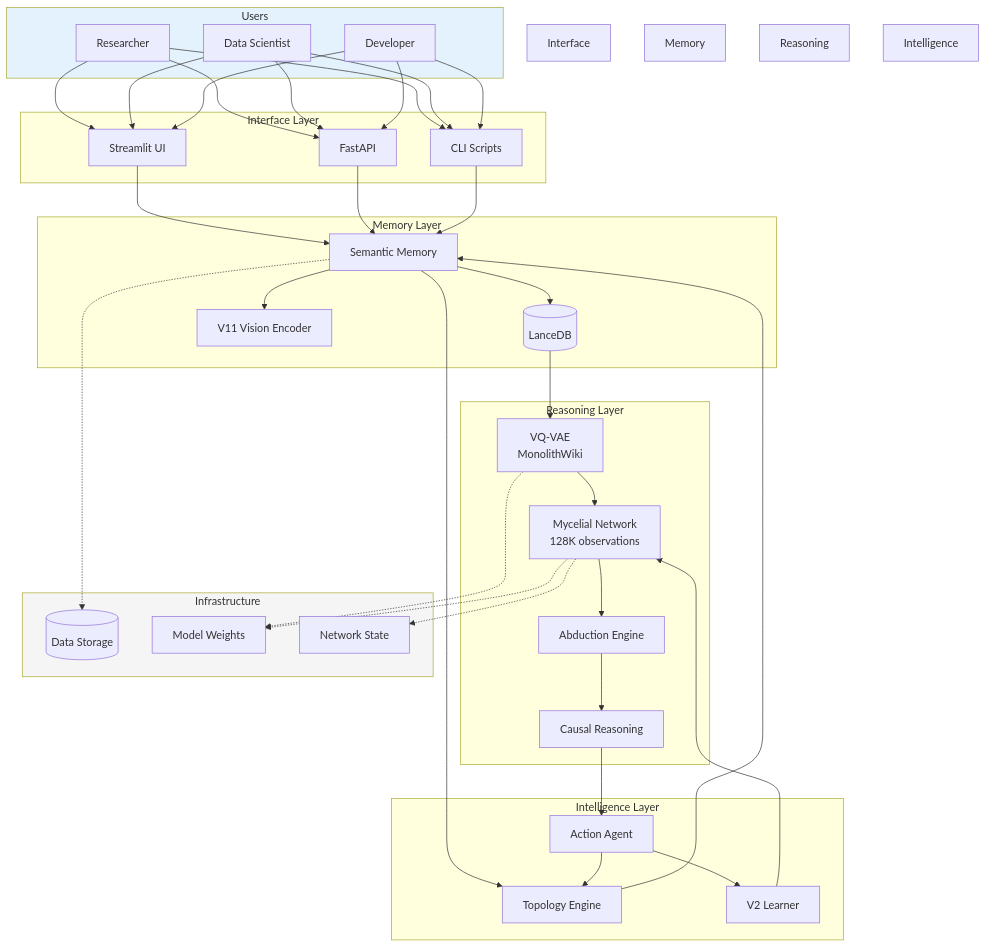
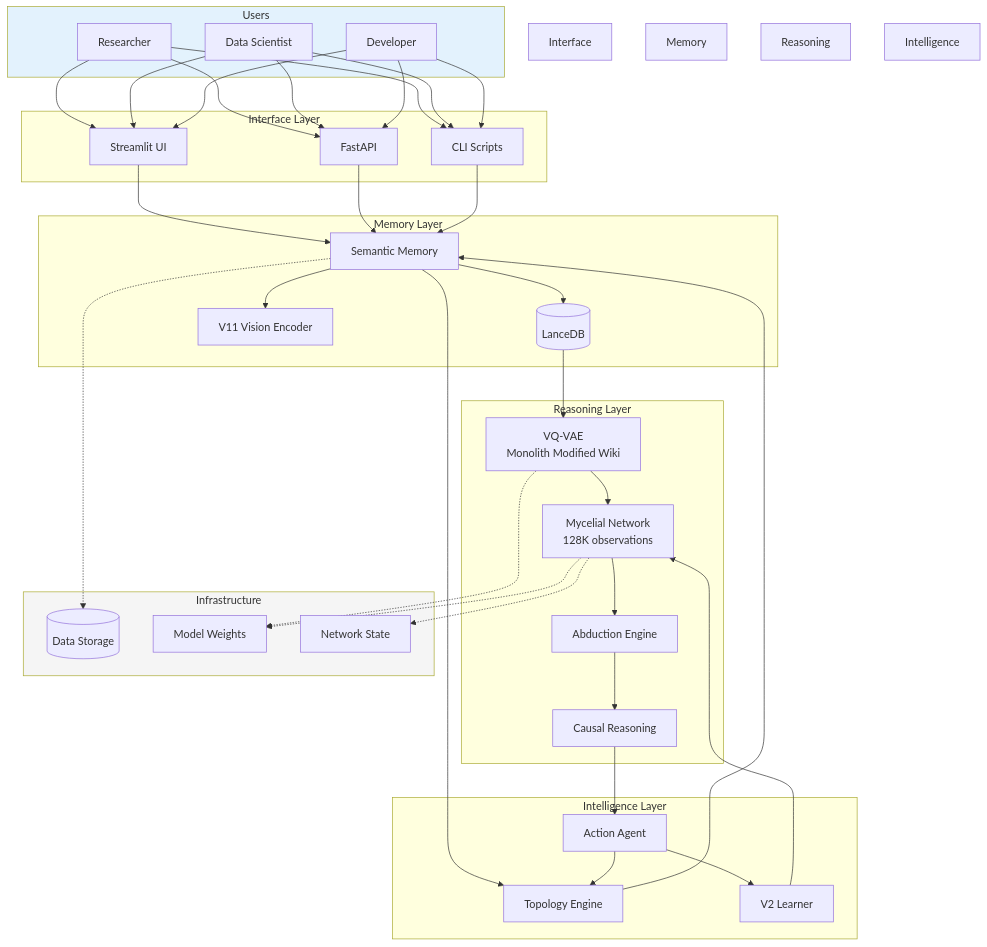
Before and after one commit to GAndreuu/Prototype-Alexandria: the first of 5 diagrams in docs/SYSTEM_OVERVIEW.md, drawn with Mermaid. The commit also changed other lines of this file and 14 other files, not shown here.

````diff
--- a/docs/SYSTEM_OVERVIEW.md
+++ b/docs/SYSTEM_OVERVIEW.md
@@ -9,65 +9,65 @@
 ```mermaid
 graph TB
     subgraph Users
         U1[Researcher]
         U2[Data Scientist]
         U3[Developer]
     end
     
     subgraph Interface Layer
         UI[Streamlit UI]
         API[FastAPI]
         Scripts[CLI Scripts]
     end
     
     subgraph Memory Layer
         SFS[Semantic Memory]
         LDB[(LanceDB)]
         V11[V11 Vision Encoder]
     end
     
     subgraph Reasoning Layer
-        VQ[VQ-VAE<br/>MonolithWiki]
+        VQ[VQ-VAE<br/>Monolith Modified Wiki]
         MC[Mycelial Network<br/>128K observations]
         Abd[Abduction Engine]
         Caus[Causal Reasoning]
     end
     
     subgraph Intelligence Layer
         Act[Action Agent]
         Top[Topology Engine]
         V2[V2 Learner]
     end
     
     subgraph Infrastructure
         Data[(Data Storage)]
         Models[Model Weights]
         State[Network State]
     end
     
     U1 & U2 & U3 --> UI & API & Scripts
     UI & API & Scripts --> SFS
     SFS --> LDB
     SFS --> V11
     SFS --> Top
     LDB --> VQ
     VQ --> MC
     MC --> Abd
     Abd --> Caus
     Caus --> Act
     Act --> Top
     Act --> V2
     Top --> SFS
     V2 --> MC
     
     SFS -.-> Data
     VQ & MC -.-> Models
     MC -.-> State
     
     style Users fill:#e3f2fd
     style Interface Layer fill:#fff3e0
     style Memory Layer fill:#e8f5e9
     style Reasoning Layer fill:#f3e5f5
     style Intelligence Layer fill:#fce4ec
     style Infrastructure fill:#f5f5f5
 ```
````
